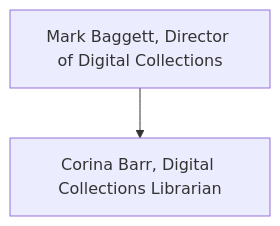
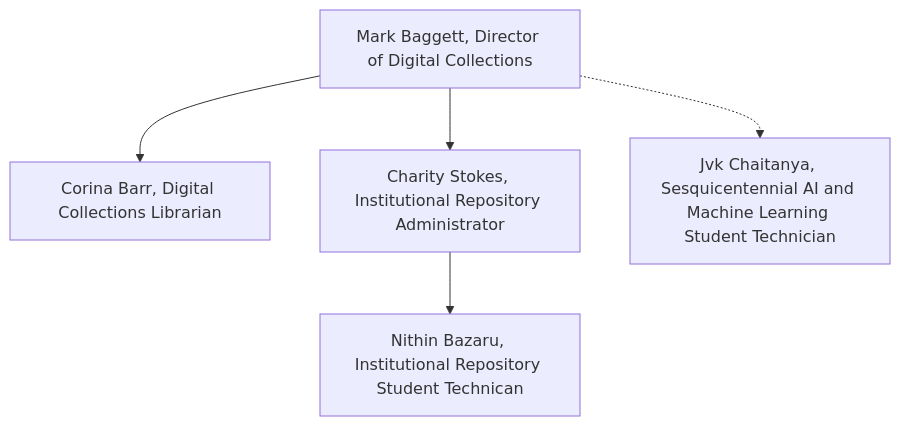
Before and after one commit to tamulib-dc-labs/.github: the diagram in profile/README.md, drawn with Mermaid. The commit also changed other lines of this file, not shown here.

Commit message:
Update team members in README.md
Added Charity Stokes and Nithin Bazaru to the team list.

````diff
--- a/profile/README.md
+++ b/profile/README.md
@@ -12,7 +13,11 @@
 ```mermaid
 
 graph TD
     MB[Mark Baggett, Director of Digital Collections] 
     MB --> CB[Corina Barr, Digital Collections Librarian]
+    MB --> CS[Charity Stokes, Institutional Repository Administrator]
+    CS --> NB[Nithin Bazaru, Institutional Repository Student Technican]
+    MB -.-> JVK[Jvk Chaitanya, Sesquicentennial AI and Machine Learning Student Technician]
+    
 
 ```
````
